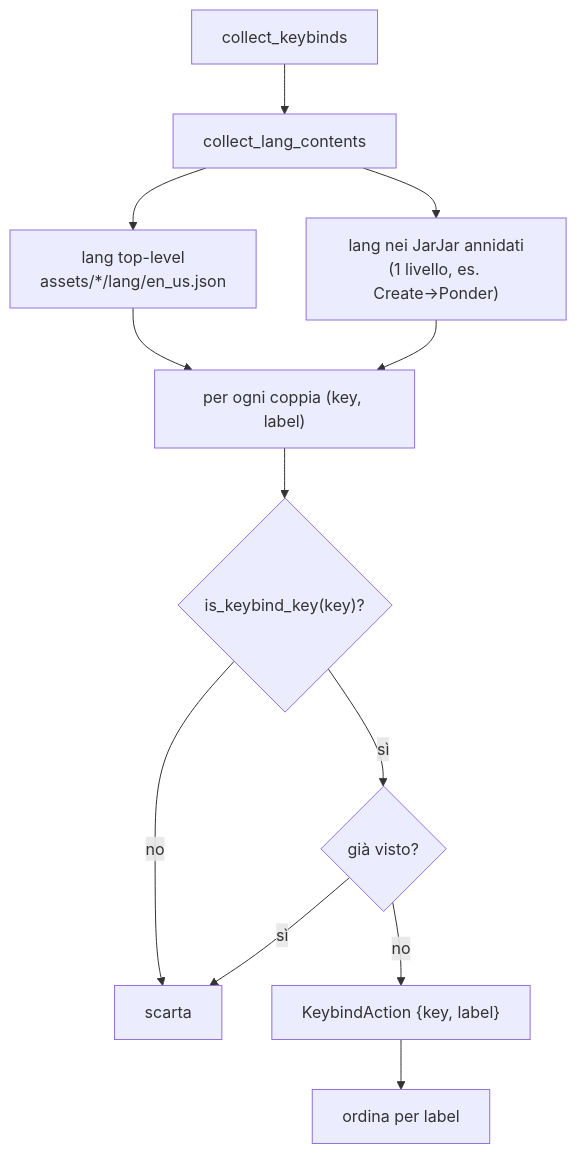
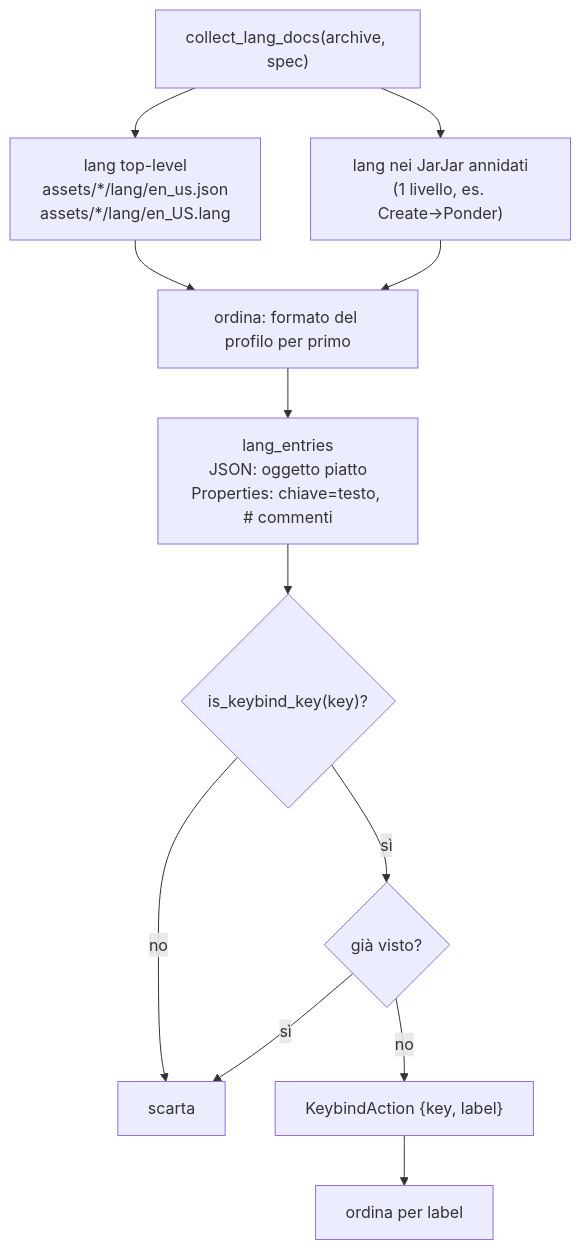
Before and after one commit to Alexkill536ITA/ForgeModpack: the fifth of 5 diagrams in docs/it/tecnica/06-scansione.md, drawn with Mermaid. The commit also changed other lines of this file and 21 other files, not shown here.

````diff
--- a/docs/it/tecnica/06-scansione.md
+++ b/docs/it/tecnica/06-scansione.md
@@ -92,14 +158,14 @@
 ```mermaid
 flowchart TD
-    CK["collect_keybinds"] --> CL["collect_lang_contents"]
-    CL --> Top["lang top-level<br/>assets/*/lang/en_us.json"]
+    CL["collect_lang_docs(archive, spec)"] --> Top["lang top-level<br/>assets/*/lang/en_us.json<br/>assets/*/lang/en_US.lang"]
     CL --> JJ["lang nei JarJar annidati<br/>(1 livello, es. Create→Ponder)"]
-    Top --> Filter
-    JJ --> Filter
-    Filter["per ogni coppia (key, label)"] --> Test{"is_keybind_key(key)?"}
+    Top --> Ord
+    JJ --> Ord
+    Ord["ordina: formato del profilo per primo"] --> Parse["lang_entries<br/>JSON: oggetto piatto<br/>Properties: chiave=testo, # commenti"]
+    Parse --> Test{"is_keybind_key(key)?"}
     Test -->|no| Skip["scarta"]
     Test -->|sì| Dedup{"già visto?"}
     Dedup -->|sì| Skip
     Dedup -->|no| Add["KeybindAction {key, label}"]
     Add --> Sort["ordina per label"]
 ```
````
